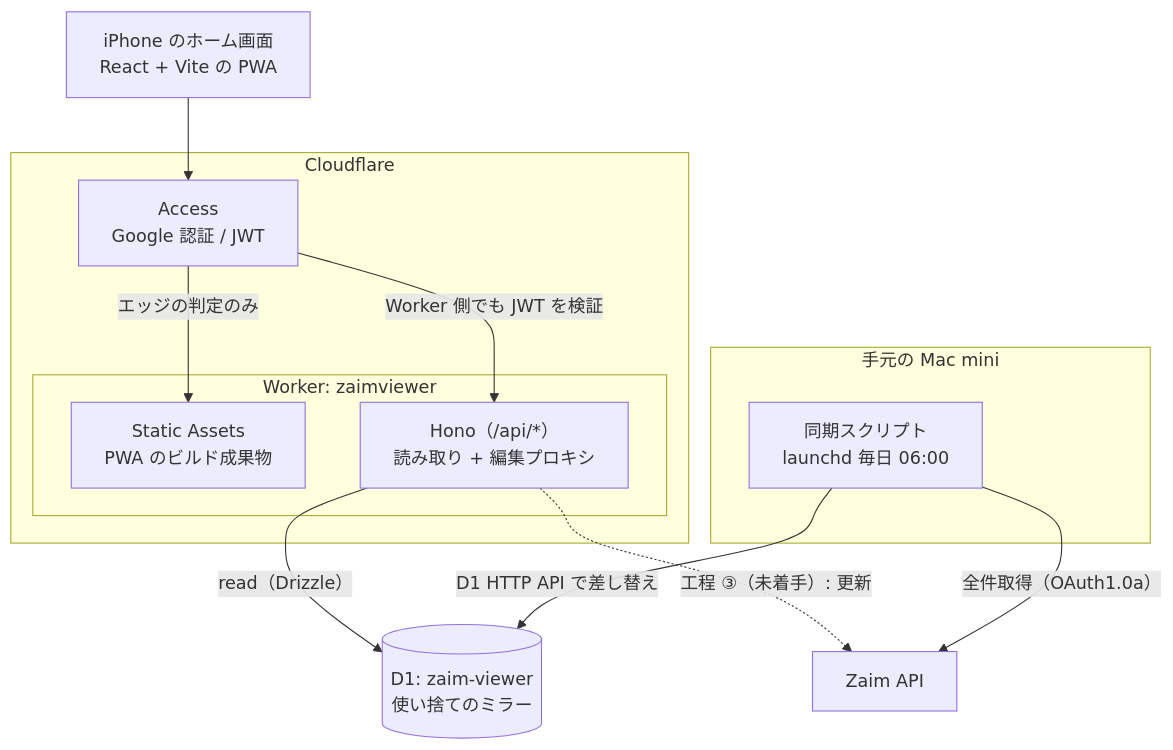
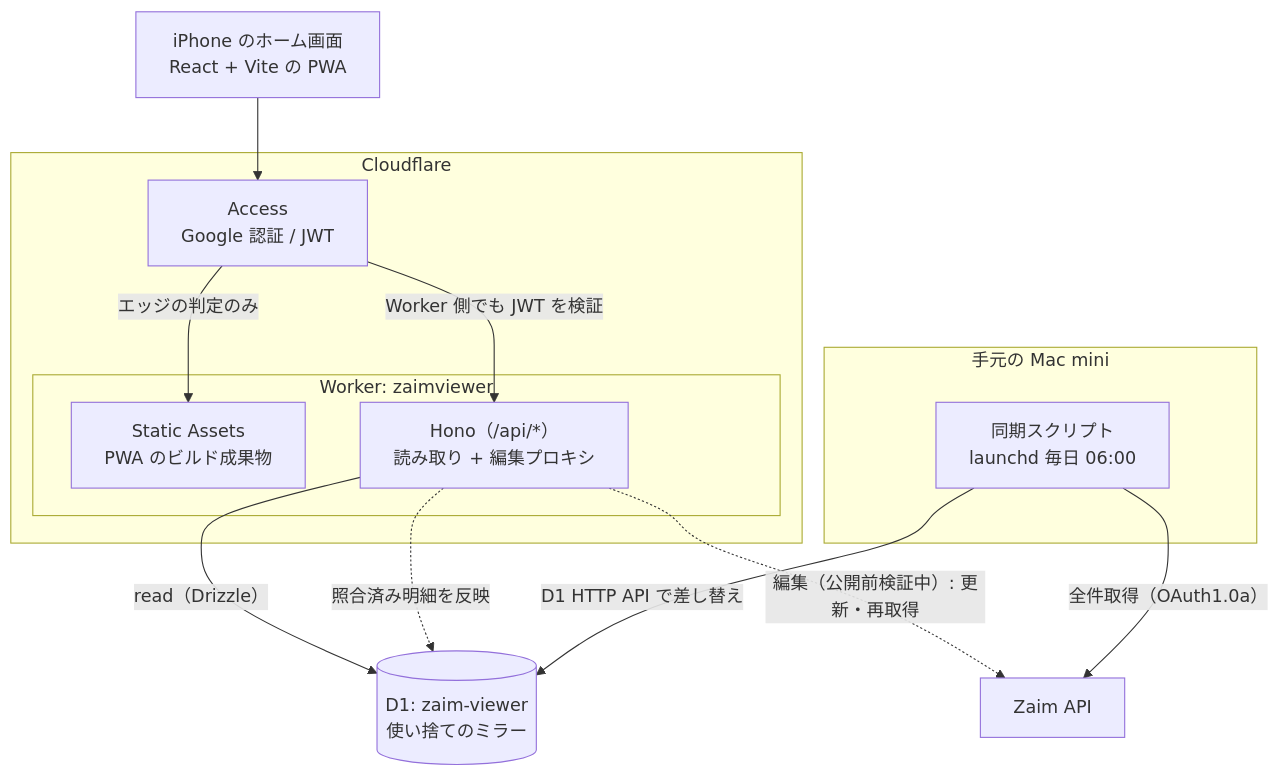
The diagram in README.md (Ries630/ZaimViewer), drawn with Mermaid before and after one commit. The commit also changed other lines of this file and 15 other files, not shown here.

````diff
--- a/README.md
+++ b/README.md
@@ -31,27 +31,28 @@
 ```mermaid
 flowchart TD
   pwa["iPhone のホーム画面<br/>React + Vite の PWA"]
 
   subgraph cf["Cloudflare"]
     access["Access<br/>Google 認証 / JWT"]
     subgraph worker["Worker: zaimviewer"]
       assets["Static Assets<br/>PWA のビルド成果物"]
       api["Hono（/api/*）<br/>読み取り + 編集プロキシ"]
     end
   end
 
   subgraph local["手元の Mac mini"]
     sync["同期スクリプト<br/>launchd 毎日 06:00"]
   end
 
   d1[("D1: zaim-viewer<br/>使い捨てのミラー")]
   zaim["Zaim API"]
 
   pwa --> access
   access -- "エッジの判定のみ" --> assets
   access -- "Worker 側でも JWT を検証" --> api
   api -- "read（Drizzle）" --> d1
-  api -. "工程 ③（未着手）: 更新" .-> zaim
+  api -. "編集（公開前検証中）: 更新・再取得" .-> zaim
+  api -. "照合済み明細を反映" .-> d1
   sync -- "全件取得（OAuth1.0a）" --> zaim
   sync -- "D1 HTTP API で差し替え" --> d1
 ```
````
